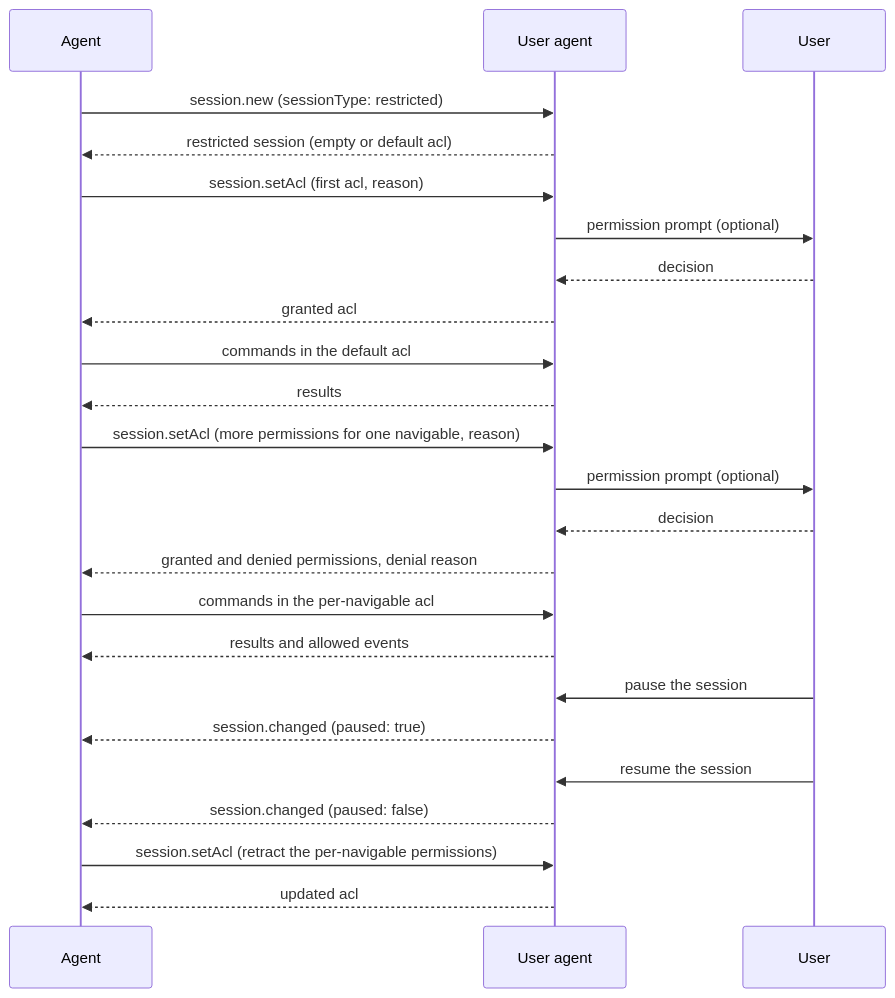
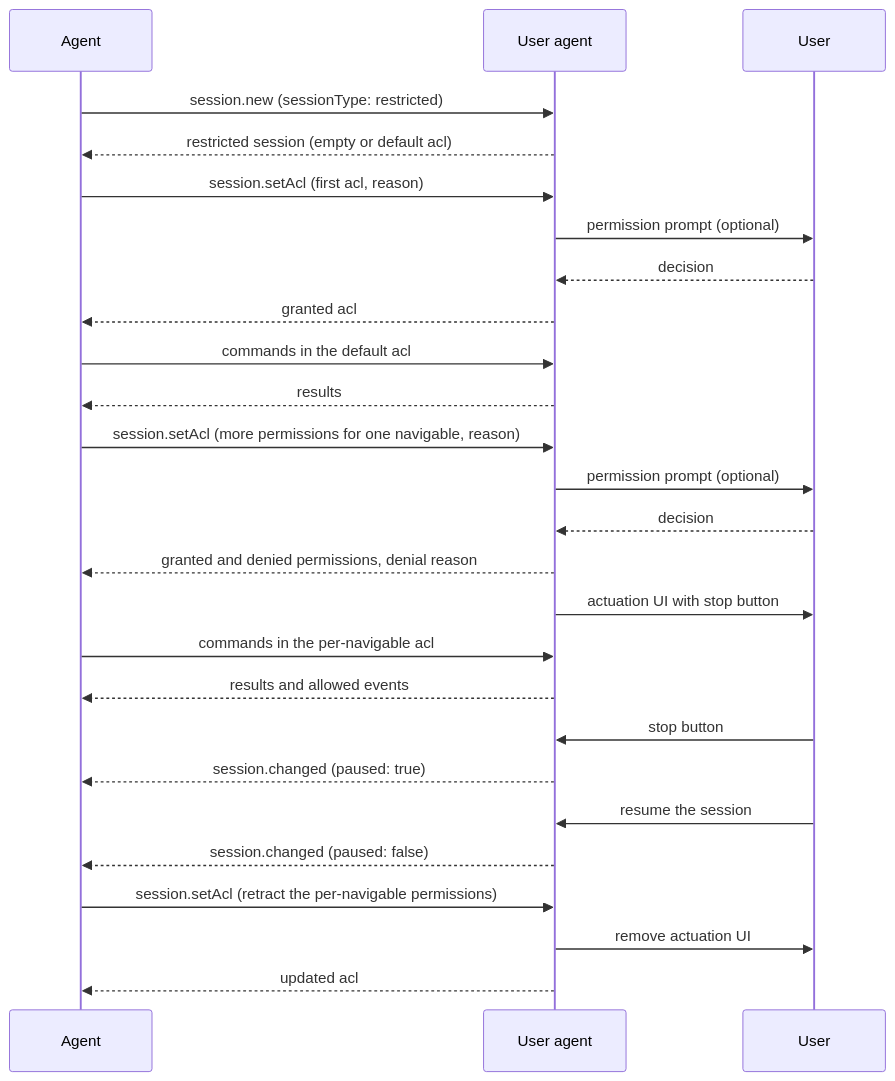
The diagram in README.md (WICG/agentic-webdriver-bidi), drawn with Mermaid before and after one commit. The commit also changed other lines of this file, not shown here.

First line of the commit message:
Use the per-navigable ACL as the signal for user agent actuation UI (#7)

````diff
--- a/README.md
+++ b/README.md
@@ -353,27 +418,29 @@
 ```mermaid
 sequenceDiagram
     participant Agent
     participant UA as User agent
     participant User
 
     Agent->>UA: session.new (sessionType: restricted)
     UA-->>Agent: restricted session (empty or default acl)
     Agent->>UA: session.setAcl (first acl, reason)
     UA->>User: permission prompt (optional)
     User-->>UA: decision
     UA-->>Agent: granted acl
     Agent->>UA: commands in the default acl
     UA-->>Agent: results
     Agent->>UA: session.setAcl (more permissions for one navigable, reason)
     UA->>User: permission prompt (optional)
     User-->>UA: decision
     UA-->>Agent: granted and denied permissions, denial reason
+    UA->>User: actuation UI with stop button
     Agent->>UA: commands in the per-navigable acl
     UA-->>Agent: results and allowed events
-    User->>UA: pause the session
+    User->>UA: stop button
     UA-->>Agent: session.changed (paused: true)
     User->>UA: resume the session
     UA-->>Agent: session.changed (paused: false)
     Agent->>UA: session.setAcl (retract the per-navigable permissions)
+    UA->>User: remove actuation UI
     UA-->>Agent: updated acl
 ```
````
